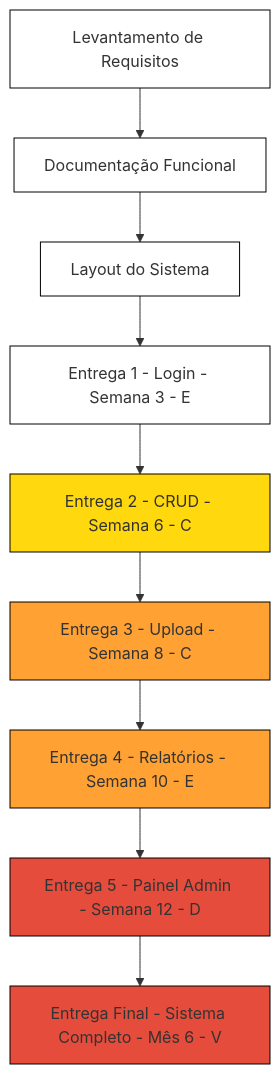
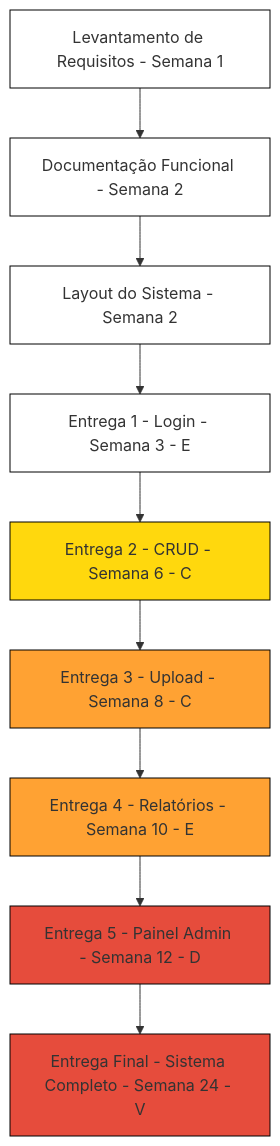
Before and after one commit to AnandaMazine/Metodo-Agil-Crystal: the first of 3 diagrams in README.md, drawn with Mermaid.

````diff
--- a/README.md
+++ b/README.md
@@ -3,21 +3,21 @@
 ```mermaid
 graph TD
-    E1["Levantamento de Requisitos"]:::branco
-    E2["Documentação Funcional"]:::branco
-    E3["Layout do Sistema"]:::branco
+    E1["Levantamento de Requisitos - Semana 1"]:::branco
+    E2["Documentação Funcional - Semana 2"]:::branco
+    E3["Layout do Sistema - Semana 2"]:::branco
     E4["Entrega 1 - Login - Semana 3 - E"]:::branco
     E5["Entrega 2 - CRUD - Semana 6 - C"]:::amarelo
     E6["Entrega 3 - Upload - Semana 8 - C"]:::laranja
     E7["Entrega 4 - Relatórios - Semana 10 - E"]:::laranja
     E8["Entrega 5 - Painel Admin - Semana 12 - D"]:::vermelho
-    E9["Entrega Final - Sistema Completo - Mês 6 - V"]:::vermelho
+    E9["Entrega Final - Sistema Completo - Semana 24 - V"]:::vermelho
 
     E1 --> E2 --> E3 --> E4 --> E5 --> E6 --> E7 --> E8 --> E9
 
 %% Definições de estilo
 classDef branco fill:#ffffff,stroke:#000,stroke-width:1px;
 classDef amarelo fill:#FFD80D,stroke:#000,stroke-width:1px;
 classDef laranja fill:#FFA233,stroke:#000,stroke-width:1px;
 classDef vermelho fill:#E64C3C,stroke:#000,stroke-width:1px;
 
 ```
````
